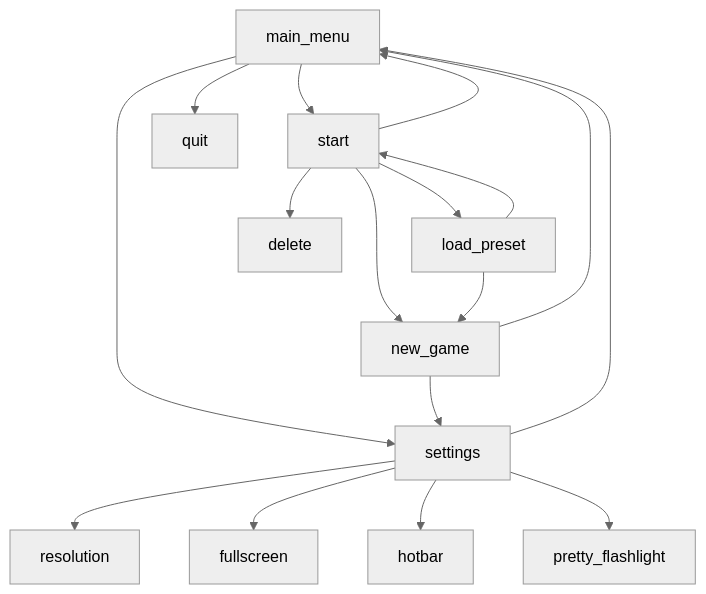
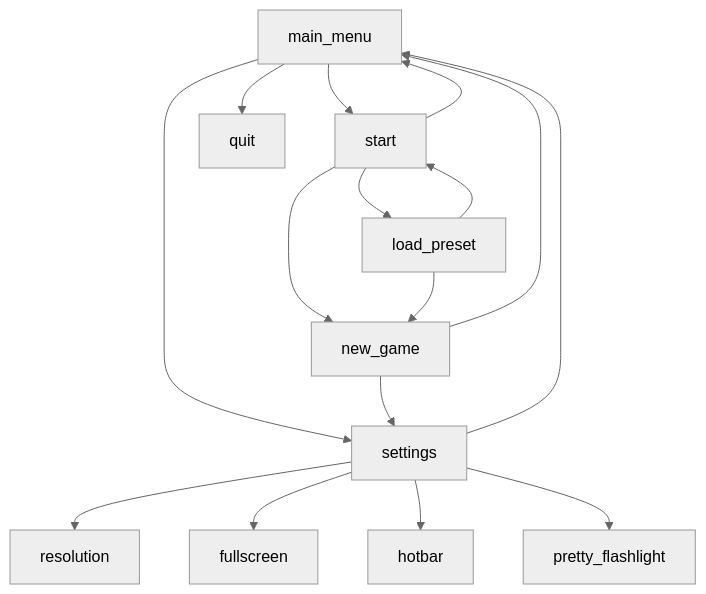
One commit to Hohenzoler/optyka changed the diagram in README.md. Above: the diagram before and after it, drawn with Mermaid (neutral theme).

````diff
--- a/README.md
+++ b/README.md
@@ -63,19 +63,18 @@
 ```mermaid
 graph TD;
     main_menu-->start;
     main_menu-->settings;
     main_menu-->quit;
     start-->new_game;
     start-->load_preset;
-    start-->delete;
     start-->main_menu;
     load_preset-->new_game;
     load_preset-->start;
     settings-->resolution;
     settings-->fullscreen;
     settings-->hotbar;
     settings-->pretty_flashlight;
     settings-->main_menu;
     new_game-->settings;
     new_game-->main_menu;
 ```
````
